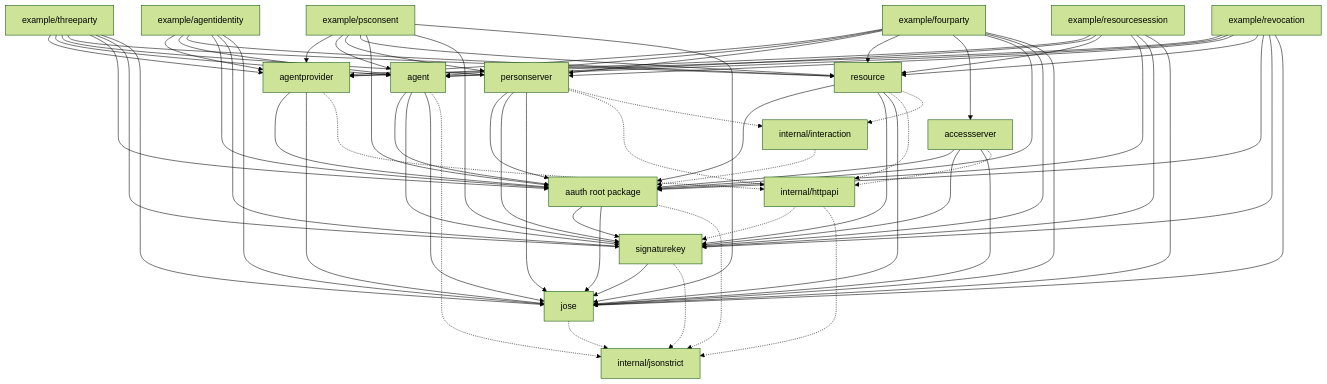
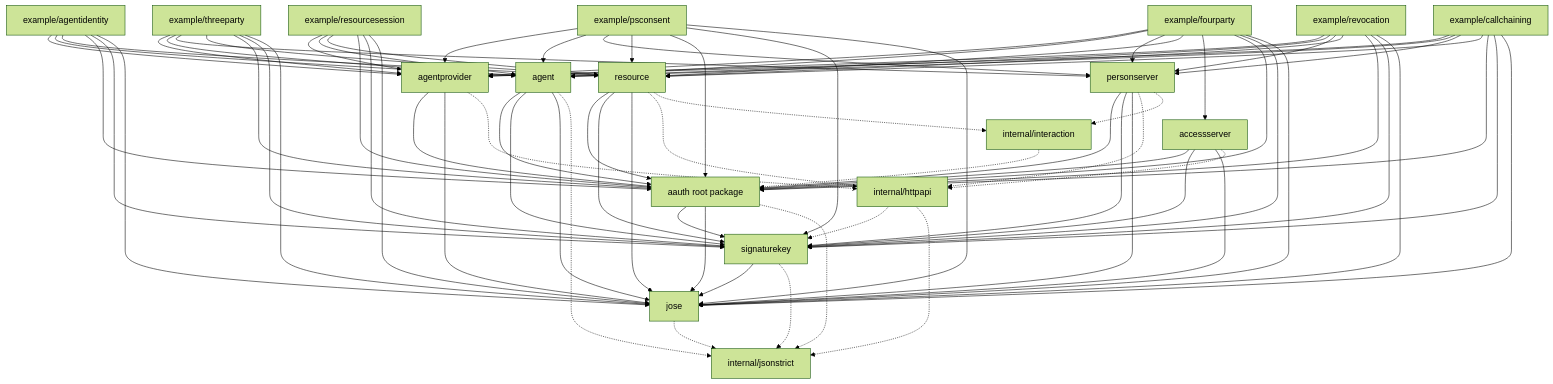
One commit to sidecat-dev/aauth-go changed the first of 10 diagrams in ARCHITECTURE.md. Above: the diagram before and after it, drawn with Mermaid (forest theme). The commit also changed other lines of this file and 19 other files, not shown here.

```diff
--- a/ARCHITECTURE.md
+++ b/ARCHITECTURE.md
@@ -23,6 +23,7 @@
     agentexample[example/agentidentity]
     sessionexample[example/resourcesession]
     revocationexample[example/revocation]
+    chainexample[example/callchaining]
     agentprovider[agentprovider]
     agent[agent]
     personserver[personserver]
@@ -76,6 +77,13 @@
     revocationexample --> core
     revocationexample --> sk
     revocationexample --> jose
+    chainexample --> agentprovider
+    chainexample --> agent
+    chainexample --> personserver
+    chainexample --> resource
+    chainexample --> core
+    chainexample --> sk
+    chainexample --> jose
     agentprovider --> core
     agentprovider --> jose
     agent --> core
```
